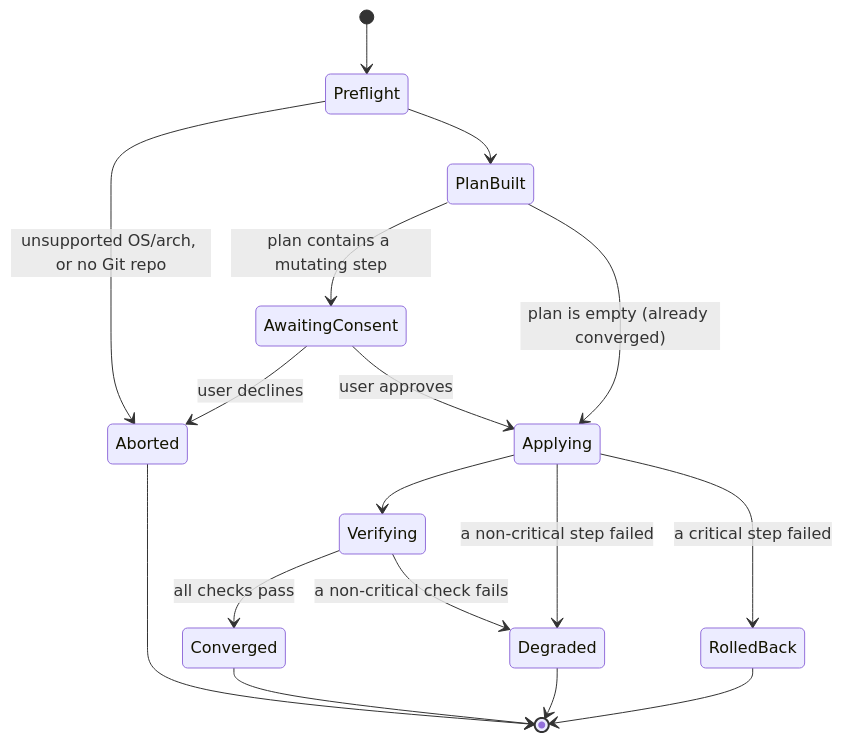
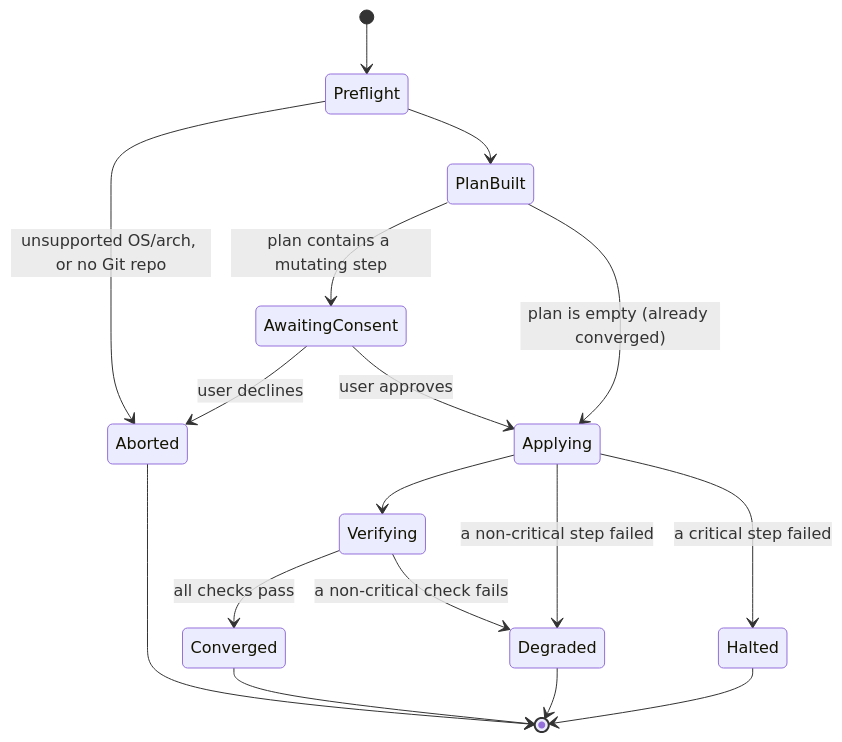
The first of 8 diagrams in docs/architecture/requirements-analysis.md (theurian/theurian), drawn with Mermaid before and after one commit. The commit also changed other lines of this file and 3 other files, not shown here.

````diff
--- a/docs/architecture/requirements-analysis.md
+++ b/docs/architecture/requirements-analysis.md
@@ -296,25 +296,25 @@
 ```mermaid
 stateDiagram-v2
     [*] --> Preflight
 
     Preflight --> Aborted: unsupported OS/arch, or no Git repo
     Preflight --> PlanBuilt
 
     PlanBuilt --> AwaitingConsent: plan contains a mutating step
     PlanBuilt --> Applying: plan is empty (already converged)
 
     AwaitingConsent --> Aborted: user declines
     AwaitingConsent --> Applying: user approves
 
     Applying --> Verifying
     Applying --> Degraded: a non-critical step failed
-    Applying --> RolledBack: a critical step failed
+    Applying --> Halted: a critical step failed
 
     Verifying --> Converged: all checks pass
     Verifying --> Degraded: a non-critical check fails
 
-    RolledBack --> [*]
+    Halted --> [*]
     Aborted --> [*]
     Degraded --> [*]
     Converged --> [*]
 ```
````
